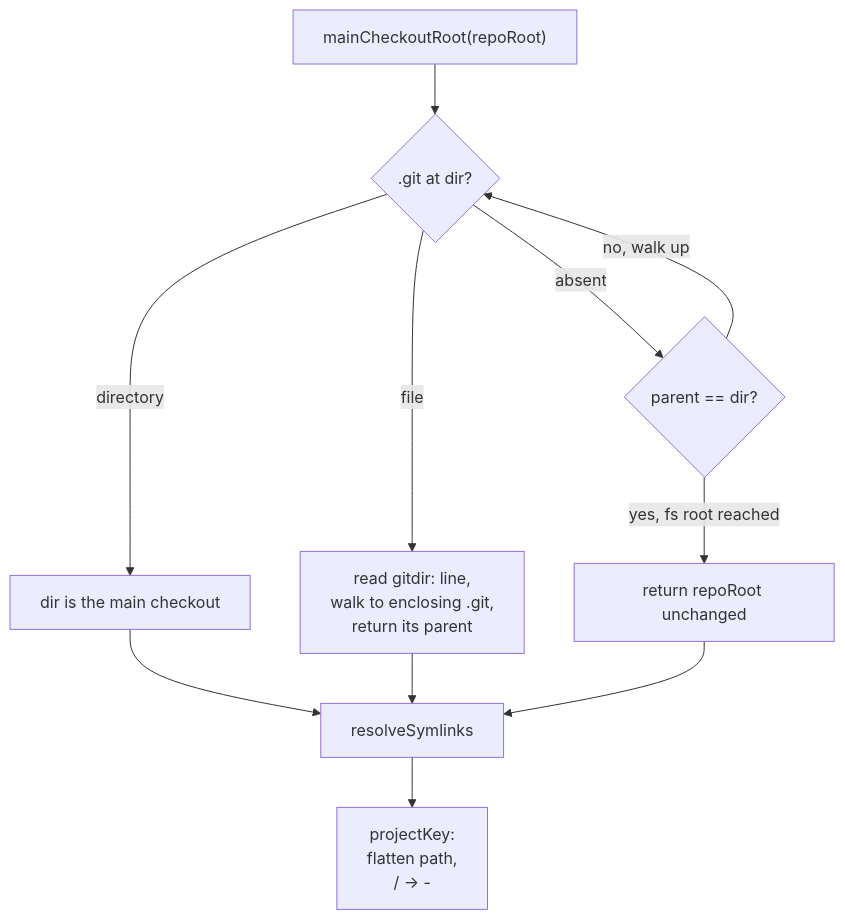
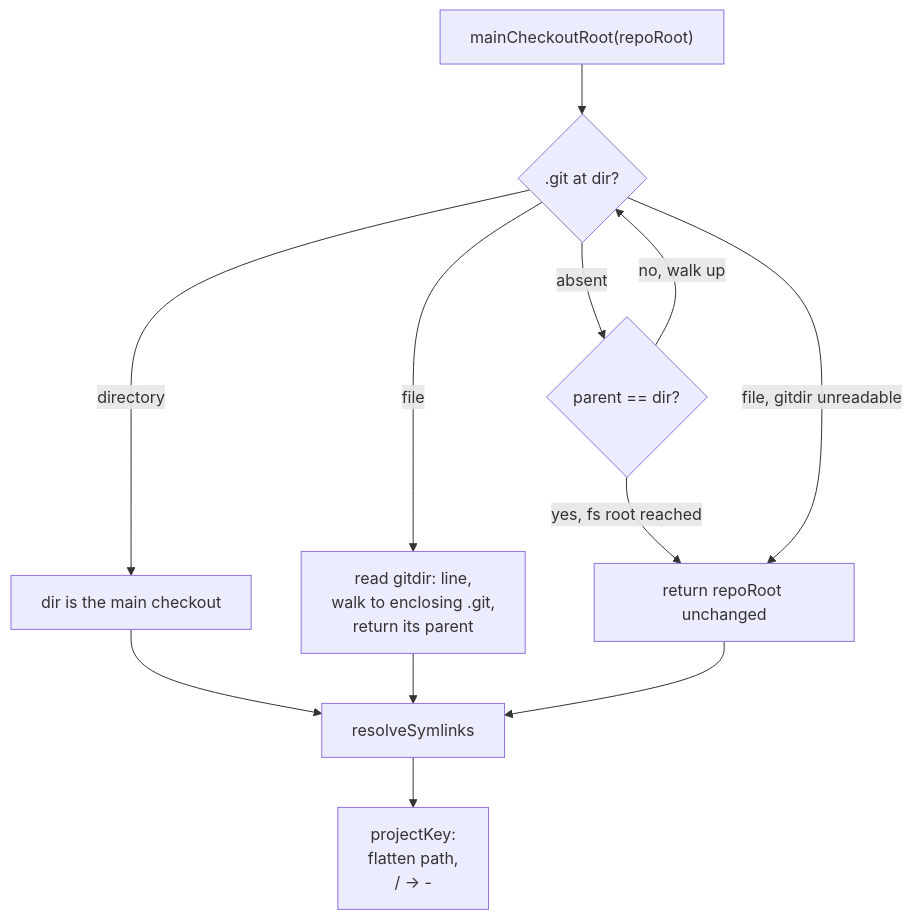
One commit to damusix/atomic-claude changed the second of 14 diagrams in docs/wiki/config.md. Above: the diagram before and after it, drawn with Mermaid. The commit also changed other lines of this file and 19 other files, not shown here.

````diff
--- a/docs/wiki/config.md
+++ b/docs/wiki/config.md
@@ -100,13 +106,14 @@
 ```mermaid
 flowchart TD
     A["mainCheckoutRoot(repoRoot)"] --> B{".git at dir?"}
     B -->|"directory"| C["dir is the main checkout"]
     B -->|"file"| D["read gitdir: line,<br/>walk to enclosing .git,<br/>return its parent"]
     B -->|"absent"| E{"parent == dir?"}
     E -->|no, walk up| B
     E -->|"yes, fs root reached"| F["return repoRoot unchanged"]
+    B -->|"file, gitdir unreadable"| F
     C --> G["resolveSymlinks"]
     D --> G
     F --> G
     G --> H["projectKey:<br/>flatten path,<br/>/ → -"]
 ```
````
